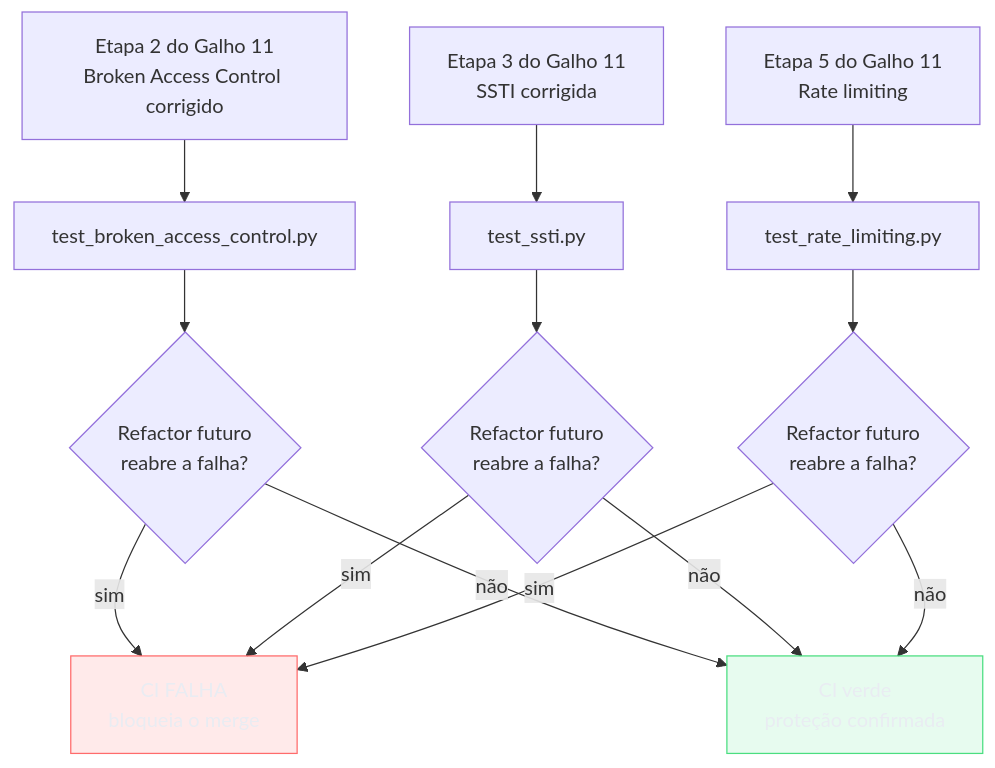
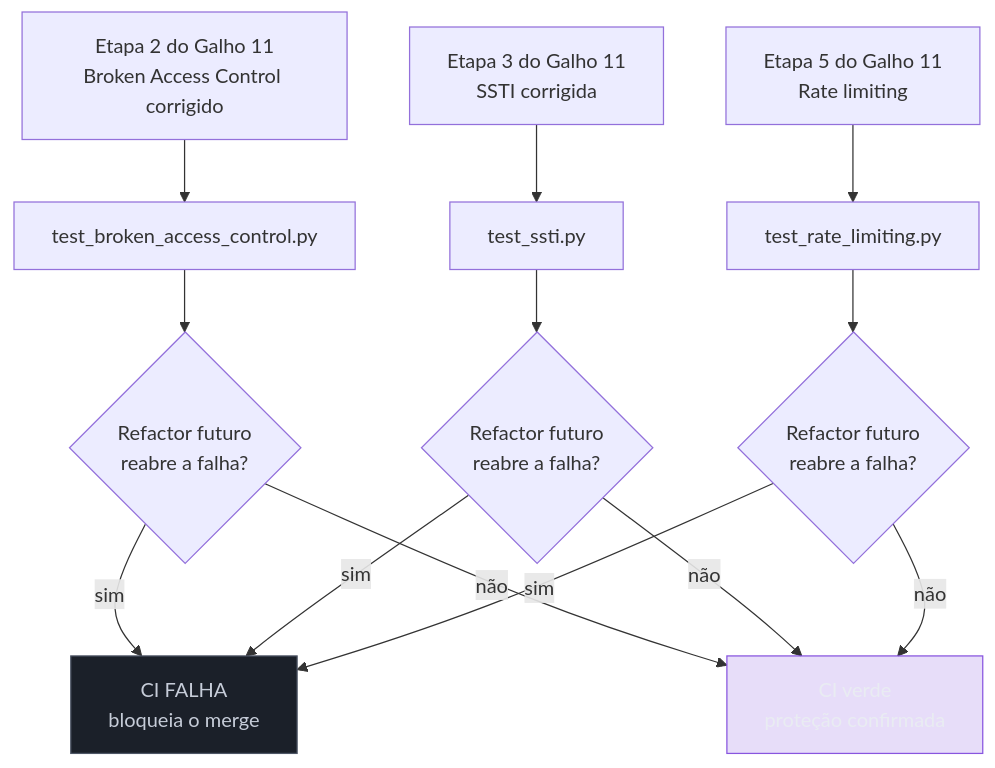
One commit to josenaldo/codex-technomanticus changed the second of 4 diagrams in 03-Dominios/Tecnologia/Python/Testes/09 - Capstone — a suíte de testes da API de Tarefas.md. Above: the diagram before and after it, drawn with Mermaid. The commit also changed other lines of this file and 601 other files, not shown here.

````diff
--- a/03-Dominios/Tecnologia/Python/Testes/09 - Capstone — a suíte de testes da API de Tarefas.md
+++ b/03-Dominios/Tecnologia/Python/Testes/09 - Capstone — a suíte de testes da API de Tarefas.md
@@ -367,22 +367,22 @@
 ```mermaid
 flowchart TD
-    classDef falha fill:#FF6B6B24,stroke:#FF6B6B,color:#E9ECF2
-    classDef ok fill:#4ADE8021,stroke:#4ADE80,color:#E9ECF2
+    classDef marca fill:#8855DF33,stroke:#8855DF,color:#E9ECF2
+    classDef neutro fill:#1B2029,stroke:#4E5666,color:#C6CCD8
     E2["Etapa 2 do Galho 11\nBroken Access Control corrigido"] --> T1["test_broken_access_control.py"]
     E3["Etapa 3 do Galho 11\nSSTI corrigida"] --> T2["test_ssti.py"]
     E5["Etapa 5 do Galho 11\nRate limiting"] --> T3["test_rate_limiting.py"]
 
     T1 --> R1{"Refactor futuro\nreabre a falha?"}
     T2 --> R2{"Refactor futuro\nreabre a falha?"}
     T3 --> R3{"Refactor futuro\nreabre a falha?"}
 
     R1 -->|"sim"| F["CI FALHA\nbloqueia o merge"]
     R2 -->|"sim"| F
     R3 -->|"sim"| F
     R1 -->|"não"| OK["CI verde\nproteção confirmada"]
     R2 -->|"não"| OK
     R3 -->|"não"| OK
 
-    class F falha
-    class OK ok
+    class F neutro
+    class OK marca
 ```
````
